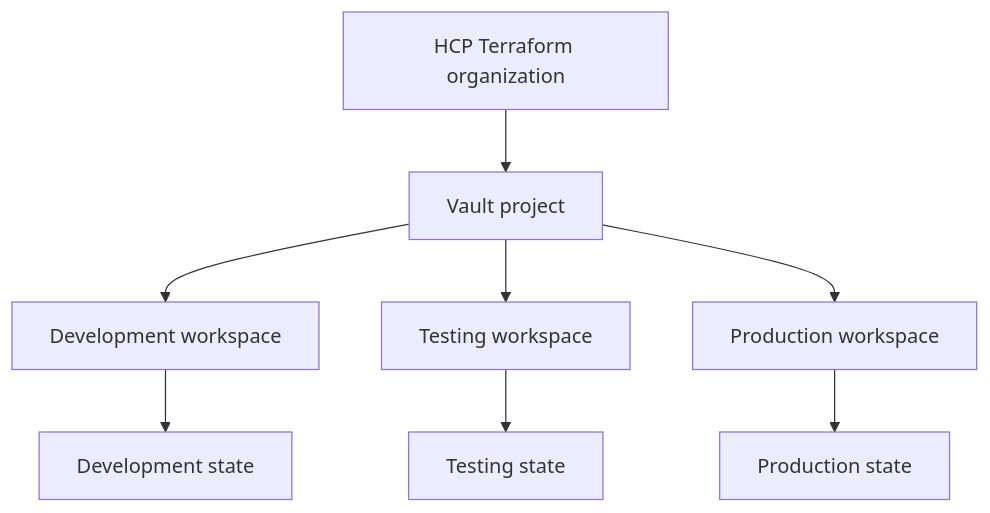
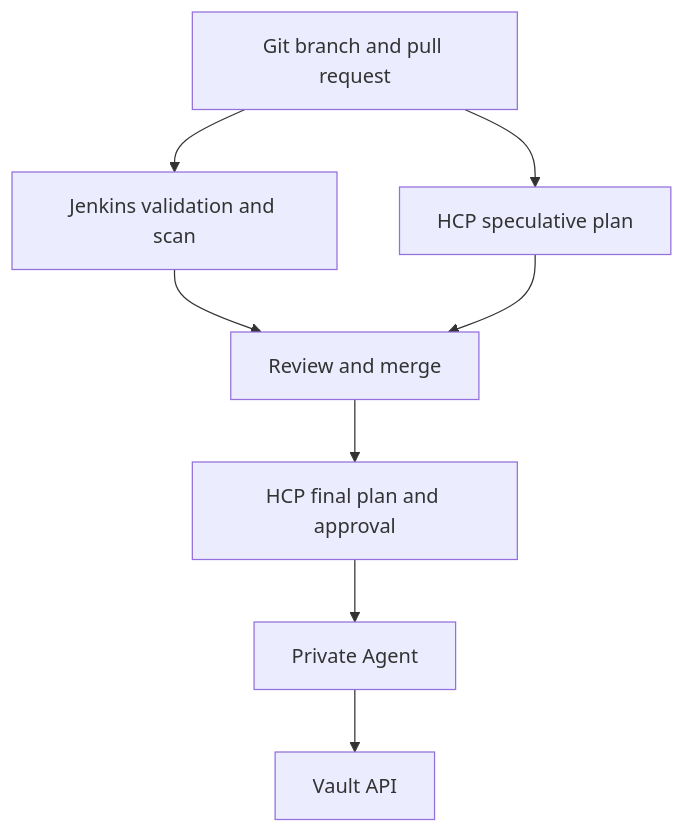
The diagram in workshop-3.md (therayy/terraform-ntax), drawn with Mermaid before and after one commit. The commit also changed other lines of this file, not shown here.

````diff
--- a/workshop-3.md
+++ b/workshop-3.md
@@ -381,11 +83,10 @@
 ```mermaid
 flowchart TD
-    A["HCP Terraform organization"] --> B["Vault project"]
-    B --> C["Development workspace"]
-    B --> D["Testing workspace"]
-    B --> E["Production workspace"]
-
-    C --> C1["Development state"]
-    D --> D1["Testing state"]
-    E --> E1["Production state"]
+    A["Git branch and pull request"] --> B["Jenkins validation and scan"]
+    A --> C["HCP speculative plan"]
+    B --> D["Review and merge"]
+    C --> D
+    D --> E["HCP final plan and approval"]
+    E --> F["Private Agent"]
+    F --> G["Vault API"]
 ```
````
